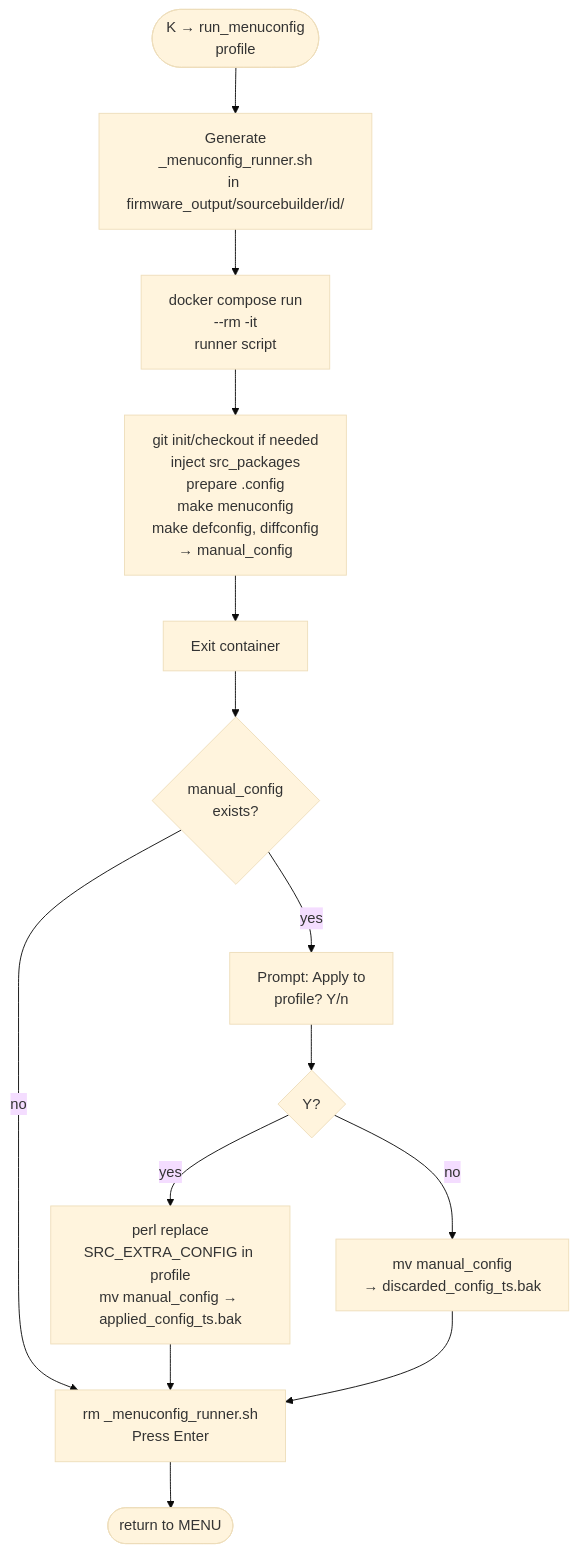
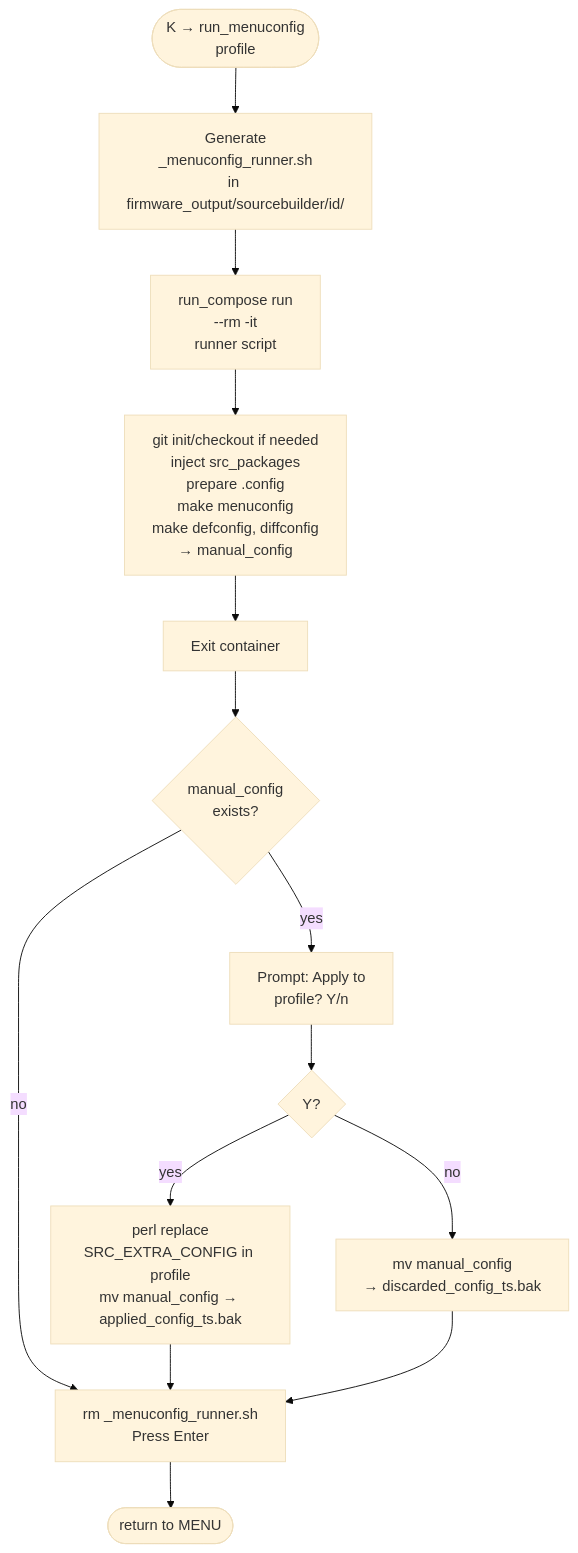
The eighth of 8 diagrams in docs/ARCHITECTURE_diagram_en.md (GJIUXAPb/routerFW), drawn with Mermaid (base theme) before and after one commit. The commit also changed other lines of this file and 6 other files, not shown here.

First line of the commit message:
docs: update release and architecture docs for 4.70

````diff
--- a/docs/ARCHITECTURE_diagram_en.md
+++ b/docs/ARCHITECTURE_diagram_en.md
@@ -295,17 +297,17 @@
 ```mermaid
 flowchart TD
     K_START([K → run_menuconfig\nprofile])
     K_START --> K_GEN[Generate\n_menuconfig_runner.sh\nin firmware_output/sourcebuilder/id/]
-    K_GEN --> K_RUN[docker compose run\n--rm -it\nrunner script]
+    K_GEN --> K_RUN[run_compose run\n--rm -it\nrunner script]
     K_RUN --> K_RUNNER[git init/checkout if needed\ninject src_packages\nprepare .config\nmake menuconfig\nmake defconfig, diffconfig\n→ manual_config]
     K_RUNNER --> K_OUT[Exit container]
     K_OUT --> K_HAVE{manual_config\nexists?}
     K_HAVE --> |no| K_CLEAN[rm _menuconfig_runner.sh\nPress Enter]
     K_HAVE --> |yes| K_APPLY[Prompt: Apply to\nprofile? Y/n]
     K_APPLY --> K_YES{Y?}
     K_YES --> |yes| K_PERL[perl replace\nSRC_EXTRA_CONFIG in profile\nmv manual_config → applied_config_ts.bak]
     K_YES --> |no| K_DISC[mv manual_config\n→ discarded_config_ts.bak]
     K_PERL --> K_CLEAN
     K_DISC --> K_CLEAN
     K_CLEAN --> K_END([return to MENU])
 ```
````
